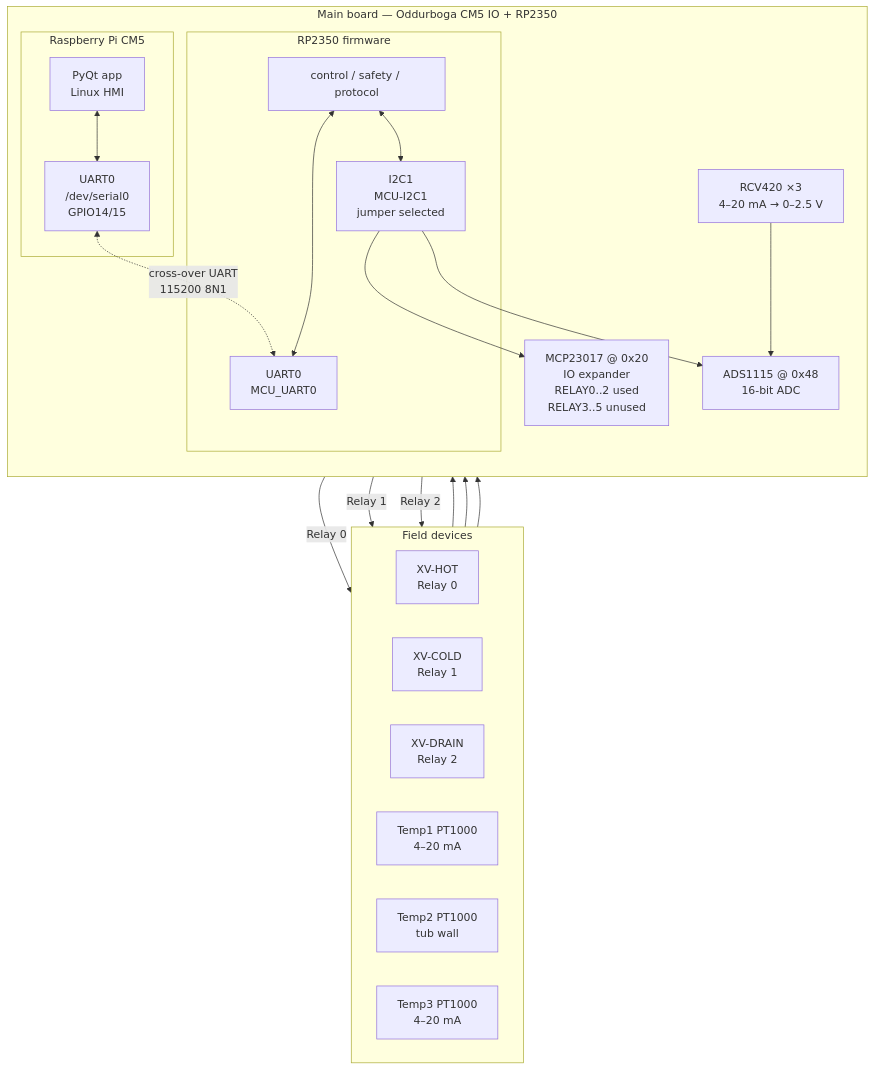
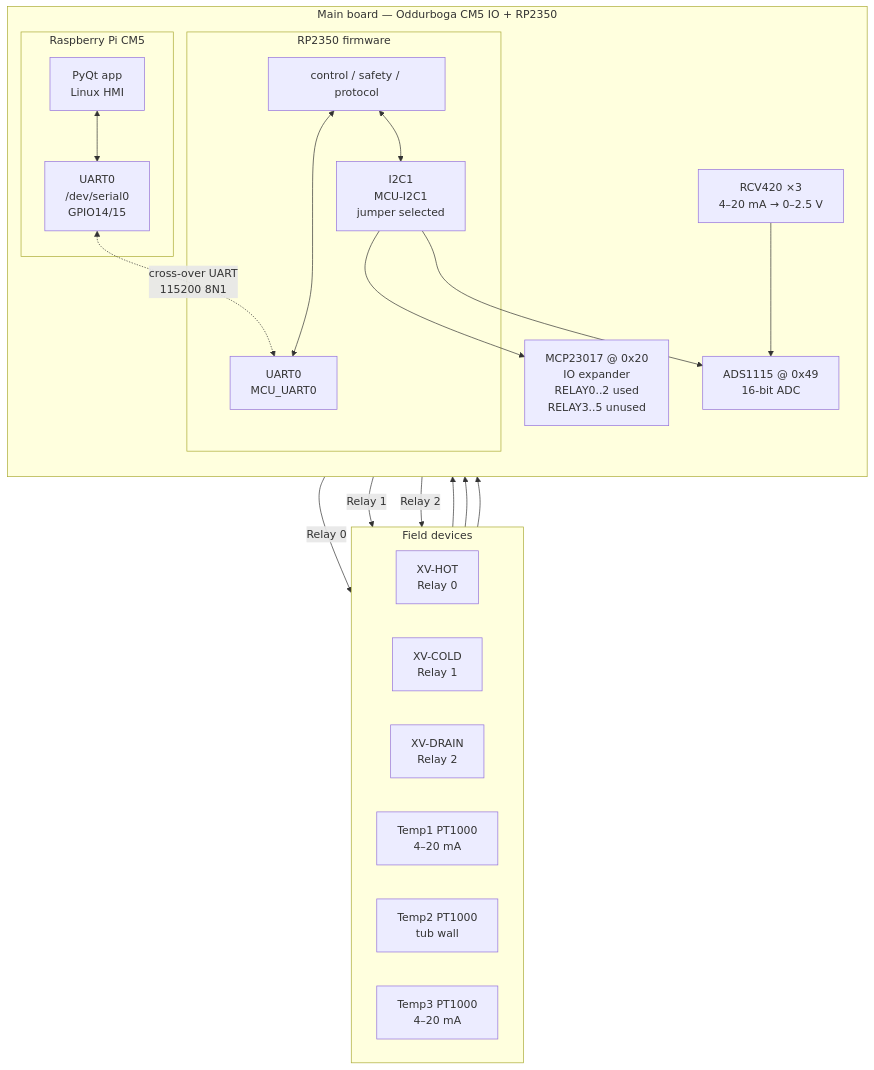
One commit to raspipcb/oddurboga-cm5-rp2350 changed the second of 5 diagrams in doc/diagrams.md. Above: the diagram before and after it, drawn with Mermaid. The commit also changed 26 other files, not shown here.

Commit message:
Fix CM5↔RP2350 bring-up: correct I2C/relay map per schematic, harden UART link for ttyAMA0 and legacy firmware, and update Pi install scripts.

````diff
--- a/doc/diagrams.md
+++ b/doc/diagrams.md
@@ -58,46 +58,46 @@
 ```mermaid
 flowchart TB
   subgraph PLANT["Field devices"]
     direction LR
     V0["XV-HOT<br/>Relay 0"]
     V1["XV-COLD<br/>Relay 1"]
     V2["XV-DRAIN<br/>Relay 2"]
     S1["Temp1 PT1000<br/>4–20 mA"]
     S2["Temp2 PT1000<br/>tub wall"]
     S3["Temp3 PT1000<br/>4–20 mA"]
   end
 
   subgraph MAIN["Main board — Oddurboga CM5 IO + RP2350"]
     direction TB
     subgraph CM5BOX["Raspberry Pi CM5"]
       PYQT["PyQt app<br/>Linux HMI"]
       UART_CM["UART0<br/>/dev/serial0<br/>GPIO14/15"]
       PYQT <--> UART_CM
     end
 
     subgraph RPBOX["RP2350 firmware"]
       FW["control / safety / protocol"]
       UART_MCU["UART0<br/>MCU_UART0"]
       I2C["I2C1<br/>MCU-I2C1<br/>jumper selected"]
       FW <--> UART_MCU
       FW <--> I2C
     end
 
     MCP["MCP23017 @ 0x20<br/>IO expander<br/>RELAY0..2 used<br/>RELAY3..5 unused"]
-    ADS["ADS1115 @ 0x48<br/>16-bit ADC"]
+    ADS["ADS1115 @ 0x49<br/>16-bit ADC"]
     RCV["RCV420 ×3<br/>4–20 mA → 0–2.5 V"]
 
     I2C --> MCP
     I2C --> ADS
     RCV --> ADS
   end
 
   UART_CM <-.->|"cross-over UART<br/>115200 8N1"| UART_MCU
 
   MCP -->|"Relay 0"| V0
   MCP -->|"Relay 1"| V1
   MCP -->|"Relay 2"| V2
   S1 --> RCV
   S2 --> RCV
   S3 --> RCV
 ```
````
